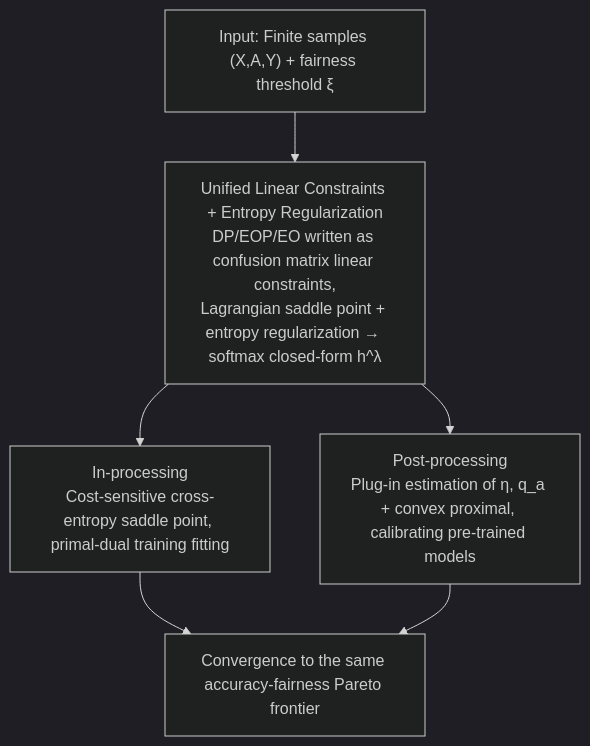
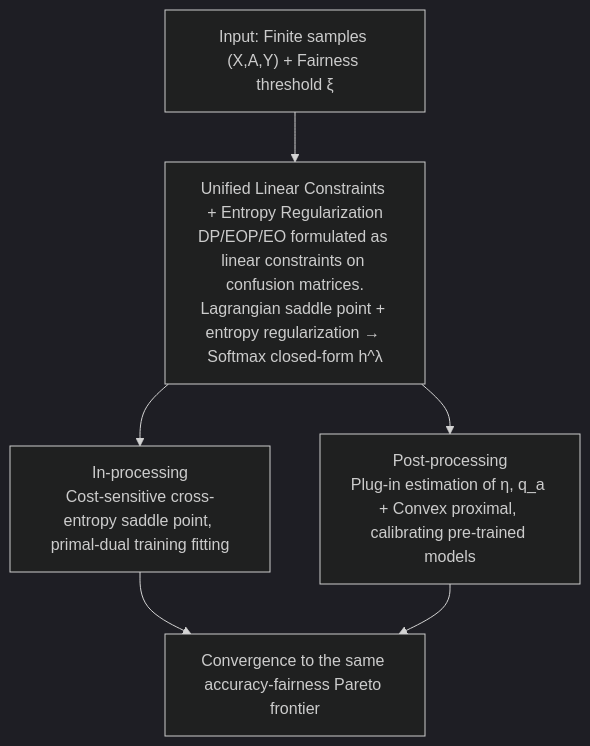
Before and after one commit to zhaoyang97/Paper-Notes-en: the diagram in docs/ICML2026/ai_safety/demystifying_the_optimal_fair_classifier_in_multi-class_classification.md, drawn with Mermaid (dark theme). The commit also changed other lines of this file and 5084 other files, not shown here.

````diff
--- a/docs/ICML2026/ai_safety/demystifying_the_optimal_fair_classifier_in_multi-class_classification.md
+++ b/docs/ICML2026/ai_safety/demystifying_the_optimal_fair_classifier_in_multi-class_classification.md
@@ -45,8 +45,8 @@
 ```mermaid
 graph TD
-    A["Input: Finite samples (X,A,Y) + fairness threshold ξ"] --> B["Unified Linear Constraints + Entropy Regularization<br/>DP/EOP/EO written as confusion matrix linear constraints,<br/>Lagrangian saddle point + entropy regularization → softmax closed-form h^λ"]
+    A["Input: Finite samples (X,A,Y) + Fairness threshold ξ"] --> B["Unified Linear Constraints + Entropy Regularization<br/>DP/EOP/EO formulated as linear constraints on confusion matrices.<br/>Lagrangian saddle point + entropy regularization → Softmax closed-form h^λ"]
     B --> C["In-processing<br/>Cost-sensitive cross-entropy saddle point, primal-dual training fitting"]
-    B --> D["Post-processing<br/>Plug-in estimation of η, q_a + convex proximal, calibrating pre-trained models"]
+    B --> D["Post-processing<br/>Plug-in estimation of η, q_a + Convex proximal, calibrating pre-trained models"]
     C --> E["Convergence to the same accuracy-fairness Pareto frontier"]
     D --> E
 ```
````
